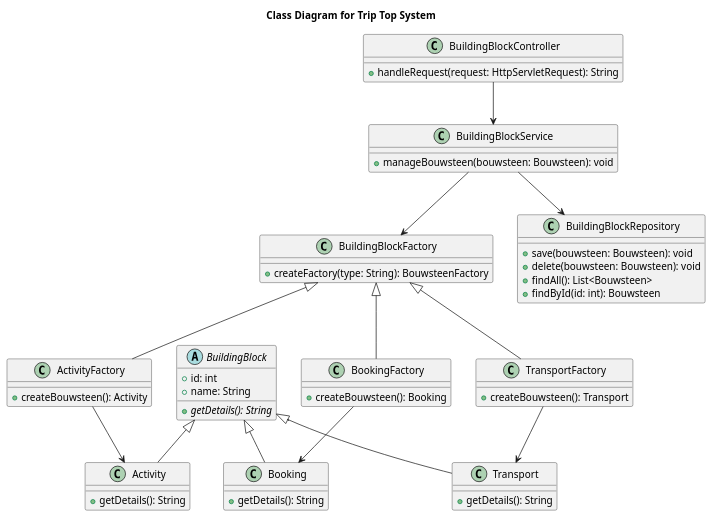
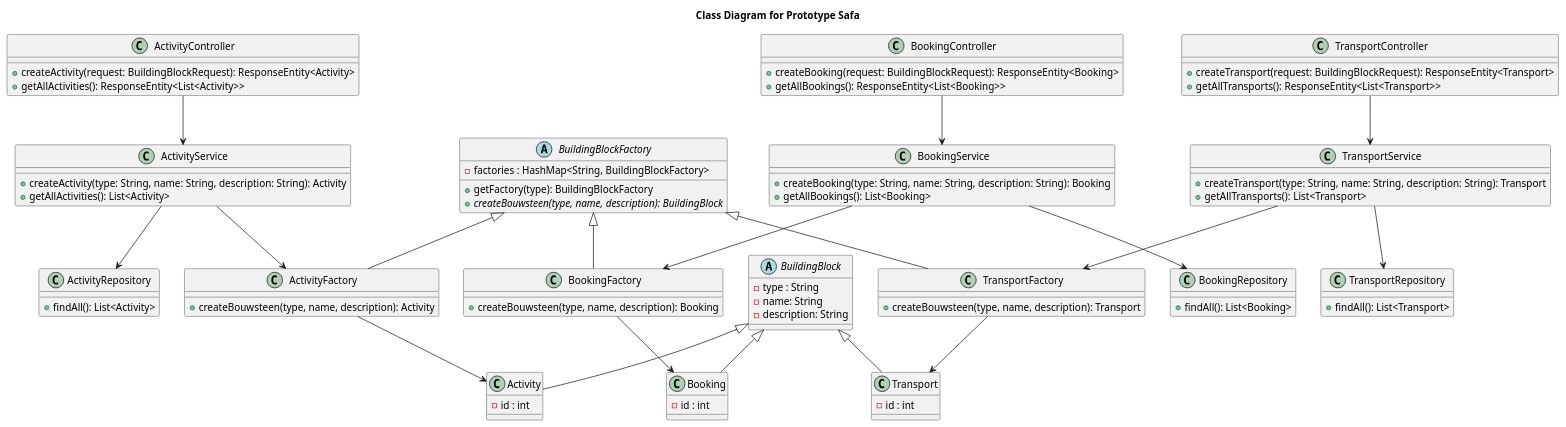
Before and after one commit to AIM-ENE-feb25/triptop-sqr-tech: the diagram in W3/back-end/prototypeSafa/src/main/java/aim/ene/solex/prototypeSafa/SafaClassDiagram.puml, drawn with PlantUML. The commit also changed 4 other files, not shown here.

Commit message:
diagrammen tot nu toe

```diff
--- a/W3/back-end/prototypeSafa/src/main/java/aim/ene/solex/prototypeSafa/SafaClassDiagram.puml
+++ b/W3/back-end/prototypeSafa/src/main/java/aim/ene/solex/prototypeSafa/SafaClassDiagram.puml
@@ -1,60 +1,100 @@
 @startuml
-title Class Diagram for Trip Top System
+title Class Diagram for Prototype Safa
 
-class BuildingBlockController {
-    +handleRequest(request: HttpServletRequest): String
+
+class ActivityController {
+    +createActivity(request: BuildingBlockRequest): ResponseEntity<Activity>
+    +getAllActivities(): ResponseEntity<List<Activity>>
 }
 
-class BuildingBlockFactory {
-    +createFactory(type: String): BouwsteenFactory
+class TransportController{
+    +createTransport(request: BuildingBlockRequest): ResponseEntity<Transport>
+    +getAllTransports(): ResponseEntity<List<Transport>>
+}
+
+class BookingController{
+    +createBooking(request: BuildingBlockRequest): ResponseEntity<Booking>
+    +getAllBookings(): ResponseEntity<List<Booking>>
+}
+
+abstract class BuildingBlockFactory {
+    -factories : HashMap<String, BuildingBlockFactory>
+    +getFactory(type): BuildingBlockFactory
+    {abstract}+createBouwsteen(type, name, description): BuildingBlock
+}
+
+
+class ActivityFactory extends BuildingBlockFactory {
+    +createBouwsteen(type, name, description): Activity
+}
+
+class TransportFactory extends BuildingBlockFactory {
+    +createBouwsteen(type, name, description): Transport
+}
+
+class BookingFactory extends BuildingBlockFactory {
+    +createBouwsteen(type, name, description): Booking
 }
 
 abstract class BuildingBlock {
-    +id: int
-    +name: String
-    {abstract} +getDetails(): String
+    -type : String
+    -name: String
+    -description: String
 }
 
 class Booking extends BuildingBlock {
-    +getDetails(): String
+  -id : int
 }
 
 class Transport extends BuildingBlock {
-    +getDetails(): String
+  -id : int
 }
 
 class Activity extends BuildingBlock {
-    +getDetails(): String
+  -id : int
 }
 
-class ActivityFactory extends BuildingBlockFactory {
-    +createBouwsteen(): Activity
+class ActivityService {
+    +createActivity(type: String, name: String, description: String): Activity
+    +getAllActivities(): List<Activity>
 }
 
-class TransportFactory extends BuildingBlockFactory {
-    +createBouwsteen(): Transport
+class TransportService {
+    +createTransport(type: String, name: String, description: String): Transport
+    +getAllTransports(): List<Transport>
 }
 
-class BookingFactory extends BuildingBlockFactory {
-    +createBouwsteen(): Booking
+class BookingService {
+    +createBooking(type: String, name: String, description: String): Booking
+    +getAllBookings(): List<Booking>
 }
 
-class BuildingBlockRepository {
-    +save(bouwsteen: Bouwsteen): void
-    +delete(bouwsteen: Bouwsteen): void
-    +findAll(): List<Bouwsteen>
-    +findById(id: int): Bouwsteen
+class ActivityRepository {
+    +findAll(): List<Activity>
 }
 
-class BuildingBlockService {
-    +manageBouwsteen(bouwsteen: Bouwsteen): void
+class TransportRepository {
+    +findAll(): List<Transport>
 }
 
-BuildingBlockController --> BuildingBlockService
-BuildingBlockService --> BuildingBlockFactory
-BuildingBlockService --> BuildingBlockRepository
+class BookingRepository {
+    +findAll(): List<Booking>
+}
+
+ActivityController --> ActivityService
+TransportController --> TransportService
+BookingController --> BookingService
+
+ActivityService --> ActivityFactory
+TransportService --> TransportFactory
+BookingService --> BookingFactory
+
+ActivityService --> ActivityRepository
+TransportService --> TransportRepository
+BookingService --> BookingRepository
+
 ActivityFactory --> Activity
 TransportFactory --> Transport
 BookingFactory --> Booking
 
 @enduml
```
